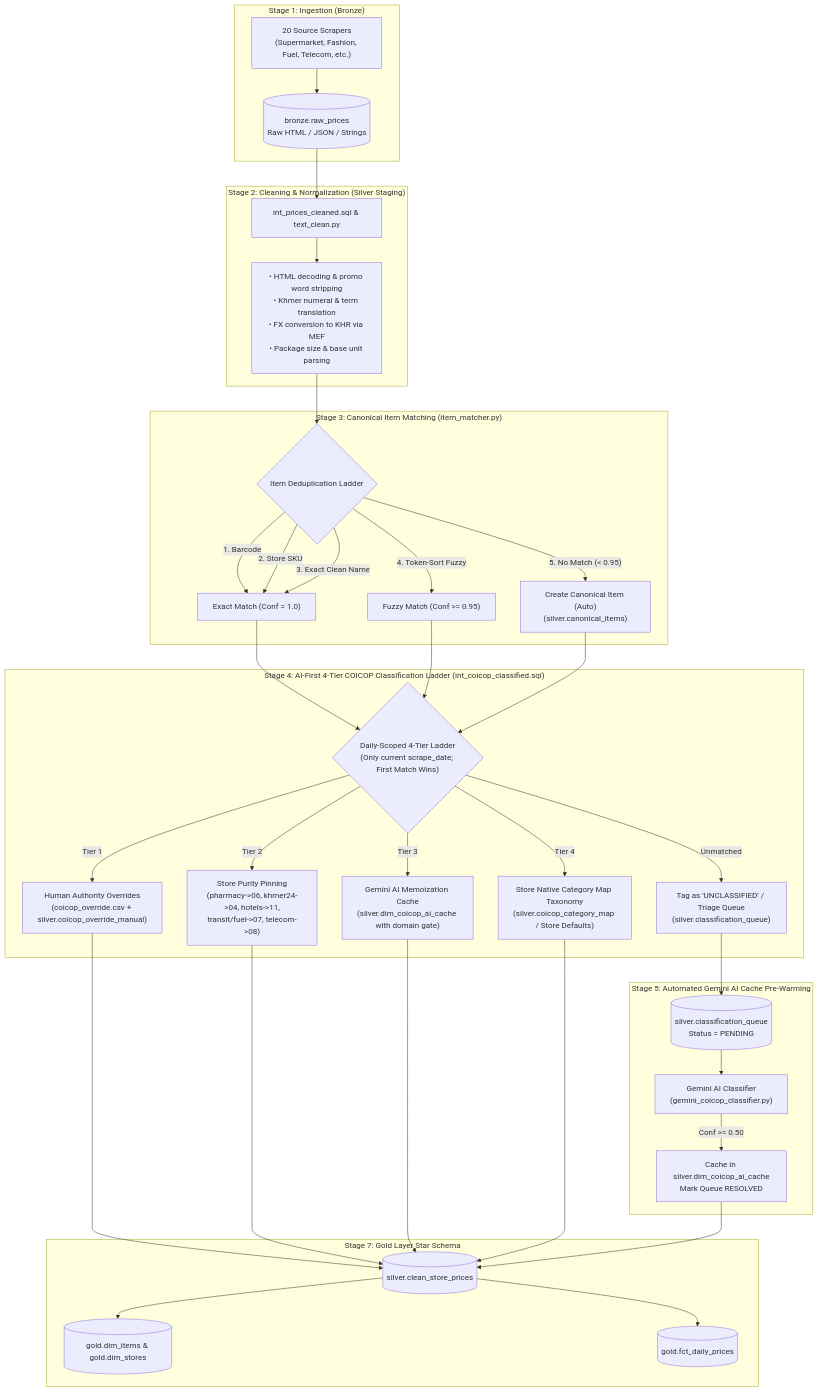
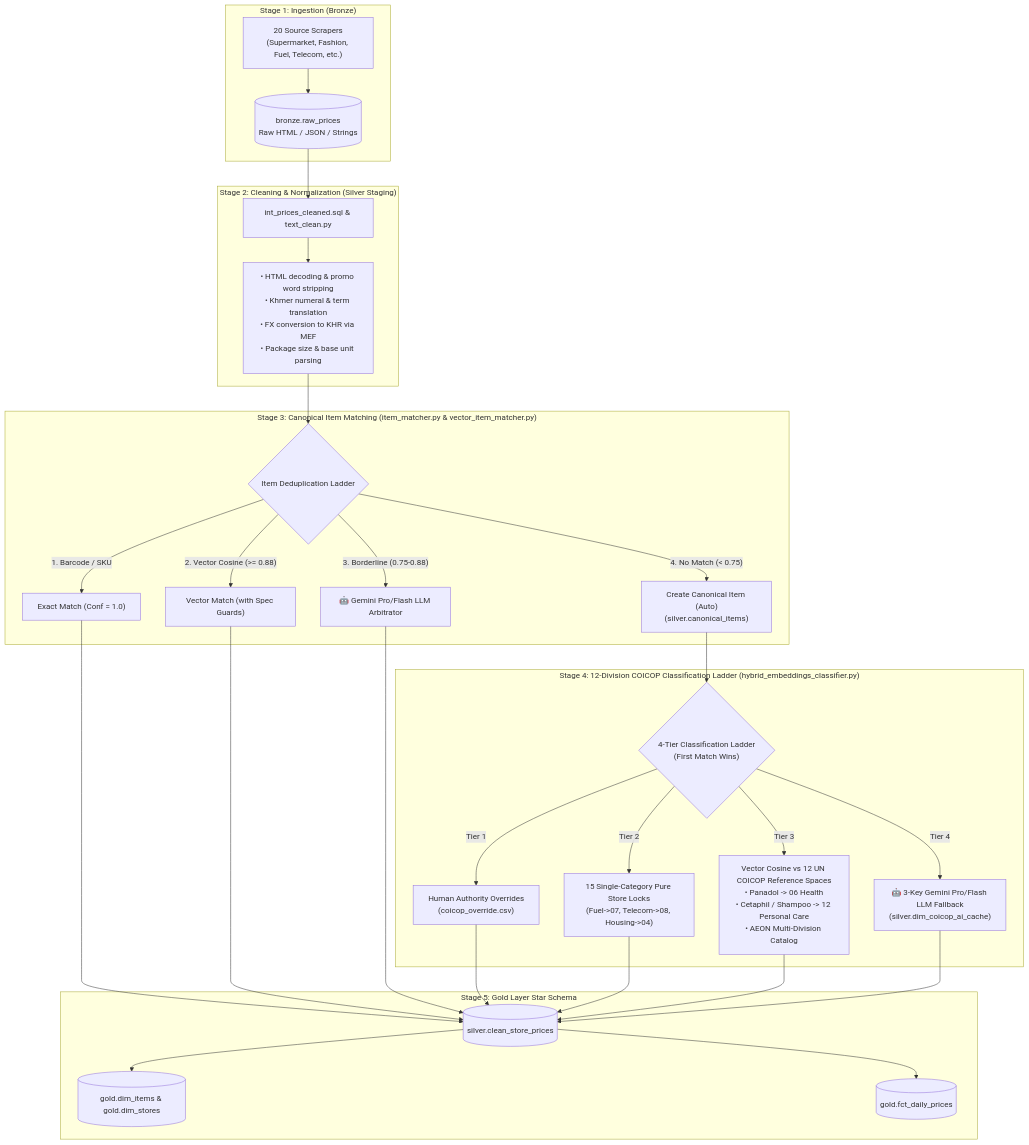
One commit to Korngmeng-Taing/Cambodia-cpi-pipeline changed the diagram in docs/PRODUCT_CLASSIFICATION_WORKFLOW.md. Above: the diagram before and after it, drawn with Mermaid. The commit also changed other lines of this file and 29 other files, not shown here.

Commit message:
feat(gold-cpi): deploy gold layer cpi calculation engine, hedonic bridge, matrix item matcher & full pipeline synchronization

````diff
--- a/docs/PRODUCT_CLASSIFICATION_WORKFLOW.md
+++ b/docs/PRODUCT_CLASSIFICATION_WORKFLOW.md
@@ -15,41 +14,33 @@
 ```mermaid
 flowchart TD
     subgraph S1["Stage 1: Ingestion (Bronze)"]
         A["20 Source Scrapers\n(Supermarket, Fashion, Fuel, Telecom, etc.)"] --> B[("bronze.raw_prices\nRaw HTML / JSON / Strings")]
     end
 
     subgraph S2["Stage 2: Cleaning & Normalization (Silver Staging)"]
         B --> C["int_prices_cleaned.sql & text_clean.py"]
         C --> C1["• HTML decoding & promo word stripping\n• Khmer numeral & term translation\n• FX conversion to KHR via MEF\n• Package size & base unit parsing"]
     end
 
-    subgraph S3["Stage 3: Canonical Item Matching (item_matcher.py)"]
+    subgraph S3["Stage 3: Canonical Item Matching (item_matcher.py & vector_item_matcher.py)"]
         C1 --> D{"Item Deduplication Ladder"}
-        D -- "1. Barcode" --> E["Exact Match (Conf = 1.0)"]
-        D -- "2. Store SKU" --> E
-        D -- "3. Exact Clean Name" --> E
-        D -- "4. Token-Sort Fuzzy" --> F["Fuzzy Match (Conf >= 0.95)"]
-        D -- "5. No Match (< 0.95)" --> G["Create Canonical Item (Auto)\n(silver.canonical_items)"]
+        D -- "1. Barcode / SKU" --> E["Exact Match (Conf = 1.0)"]
+        D -- "2. Vector Cosine (>= 0.88)" --> F["Vector Match (with Spec Guards)"]
+        D -- "3. Borderline (0.75-0.88)" --> F1["🤖 Gemini Pro/Flash LLM Arbitrator"]
+        D -- "4. No Match (< 0.75)" --> G["Create Canonical Item (Auto)\n(silver.canonical_items)"]
     end
 
-    subgraph S4["Stage 4: AI-First 4-Tier COICOP Classification Ladder (int_coicop_classified.sql)"]
-        E & F & G --> H{"Daily-Scoped 4-Tier Ladder\n(Only current scrape_date; First Match Wins)"}
-        H -- "Tier 1" --> I["Human Authority Overrides\n(coicop_override.csv + silver.coicop_override_manual)"]
-        H -- "Tier 2" --> I2["Store Purity Pinning\n(pharmacy->06, khmer24->04, hotels->11,\ntransit/fuel->07, telecom->08)"]
-        H -- "Tier 3" --> J["Gemini AI Memoization Cache\n(silver.dim_coicop_ai_cache with domain gate)"]
-        H -- "Tier 4" --> M["Store Native Category Map Taxonomy\n(silver.coicop_category_map / Store Defaults)"]
-        H -- "Unmatched" --> O["Tag as 'UNCLASSIFIED' / Triage Queue\n(silver.classification_queue)"]
+    subgraph S4["Stage 4: 12-Division COICOP Classification Ladder (hybrid_embeddings_classifier.py)"]
+        G --> H{"4-Tier Classification Ladder\n(First Match Wins)"}
+        H -- "Tier 1" --> I["Human Authority Overrides\n(coicop_override.csv)"]
+        H -- "Tier 2" --> I2["15 Single-Category Pure Store Locks\n(Fuel->07, Telecom->08, Housing->04)"]
+        H -- "Tier 3" --> J["Vector Cosine vs 12 UN COICOP Reference Spaces\n• Panadol -> 06 Health\n• Cetaphil / Shampoo -> 12 Personal Care\n• AEON Multi-Division Catalog"]
+        H -- "Tier 4" --> M["🤖 3-Key Gemini Pro/Flash LLM Fallback\n(silver.dim_coicop_ai_cache)"]
     end
 
-    subgraph S5["Stage 5: Automated Gemini AI Cache Pre-Warming"]
-        O --> P[("silver.classification_queue\nStatus = PENDING")]
-        P --> Q["Gemini AI Classifier\n(gemini_coicop_classifier.py)"]
-        Q -- "Conf >= 0.50" --> R["Cache in silver.dim_coicop_ai_cache\nMark Queue RESOLVED"]
-    end
-
-    subgraph S7["Stage 7: Gold Layer Star Schema"]
-        I & I2 & J & M & R --> T[("silver.clean_store_prices")]
+    subgraph S7["Stage 5: Gold Layer Star Schema"]
+        E & F & F1 & I & I2 & J & M --> T[("silver.clean_store_prices")]
         T --> U[("gold.dim_items & gold.dim_stores")]
         T --> V[("gold.fct_daily_prices")]
     end
 ```
````
